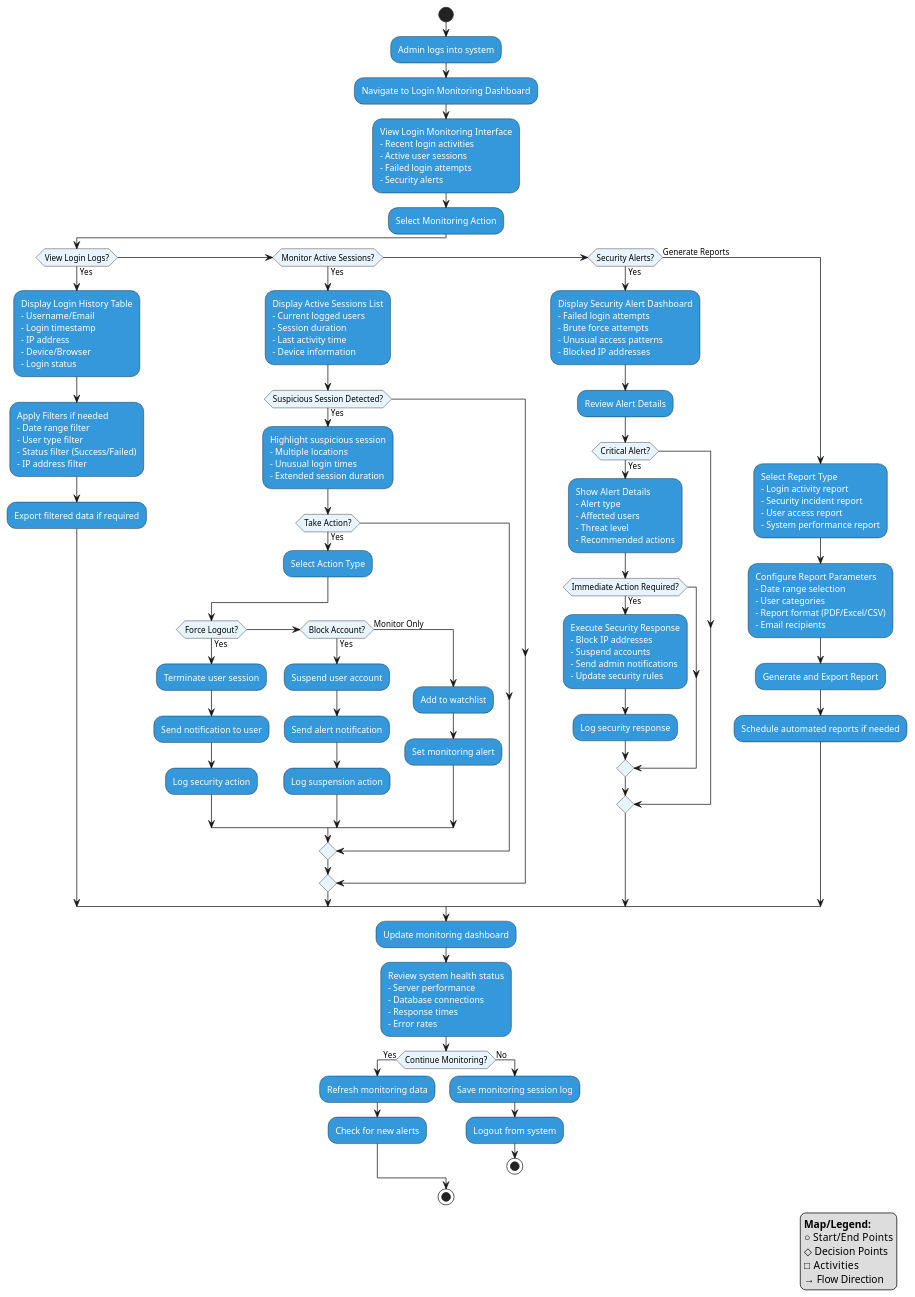
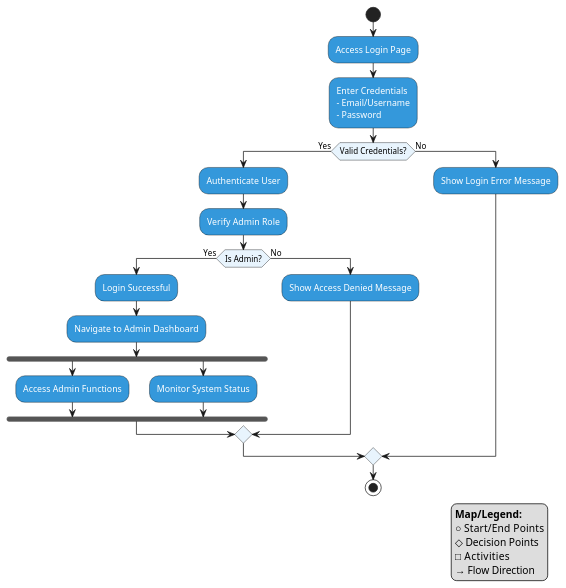
The diagram in Admin_Login_Monitoring_Activity.puml (Ahmed-Makled/clinic), drawn with PlantUML before and after one commit. The commit also changed 21 other files, not shown here.

First line of the commit message:
Refactor sequence diagrams for clarity and consistency

```diff
--- a/Admin_Login_Monitoring_Activity.puml
+++ b/Admin_Login_Monitoring_Activity.puml
@@ -1,162 +1,67 @@
-@startuml Admin_Login_Monitoring_Activity
+@startuml Admin_Login_Activity
 
 skinparam Activity {
     BackgroundColor #3498db
     BorderColor #000000
     FontColor #ffffff
     FontSize 12
     FontName Arial
 }
 
 skinparam ActivityDiamond {
     BackgroundColor #e8f4fd
     BorderColor #000000
     FontColor #000000
     FontSize 11
     FontName Arial
 }
 
 skinparam Note {
     BackgroundColor #f8f9fa
     BorderColor #000000
     FontColor #000000
     FontSize 10
 }
 
 |Admin|
 
 start
 
-:Admin logs into system;
+:Access Login Page;
 
-:Navigate to Login Monitoring Dashboard;
+:Enter Credentials
+- Email/Username
+- Password;
 
-:View Login Monitoring Interface
-- Recent login activities
-- Active user sessions  
-- Failed login attempts
-- Security alerts;
+if (Valid Credentials?) then (Yes)
+    :Authenticate User;
+    :Verify Admin Role;
+    if (Is Admin?) then (Yes)
+        :Login Successful;
+        :Navigate to Admin Dashboard;
 
-:Select Monitoring Action;
+        fork
+            :Access Admin Functions;
+        fork again
+            :Monitor System Status;
+        end fork
 
-if (View Login Logs?) then (Yes)
-    :Display Login History Table
-    - Username/Email
-    - Login timestamp
-    - IP address
-    - Device/Browser
-    - Login status;
-    
-    :Apply Filters if needed
-    - Date range filter
-    - User type filter
-    - Status filter (Success/Failed)
-    - IP address filter;
-    
-    :Export filtered data if required;
-    
-elseif (Monitor Active Sessions?) then (Yes)
-    :Display Active Sessions List
-    - Current logged users
-    - Session duration
-    - Last activity time
-    - Device information;
-    
-    if (Suspicious Session Detected?) then (Yes)
-        :Highlight suspicious session
-        - Multiple locations
-        - Unusual login times
-        - Extended session duration;
-        
-        if (Take Action?) then (Yes)
-            :Select Action Type;
-            
-            if (Force Logout?) then (Yes)
-                :Terminate user session;
-                :Send notification to user;
-                :Log security action;
-            elseif (Block Account?) then (Yes)
-                :Suspend user account;
-                :Send alert notification;
-                :Log suspension action;
-            else (Monitor Only)
-                :Add to watchlist;
-                :Set monitoring alert;
-            endif
-        endif
+    else (No)
+        :Show Access Denied Message;
     endif
-    
-elseif (Security Alerts?) then (Yes)
-    :Display Security Alert Dashboard
-    - Failed login attempts
-    - Brute force attempts
-    - Unusual access patterns
-    - Blocked IP addresses;
-    
-    :Review Alert Details;
-    
-    if (Critical Alert?) then (Yes)
-        :Show Alert Details
-        - Alert type
-        - Affected users
-        - Threat level
-        - Recommended actions;
-        
-        if (Immediate Action Required?) then (Yes)
-            :Execute Security Response
-            - Block IP addresses
-            - Suspend accounts
-            - Send admin notifications
-            - Update security rules;
-            
-            :Log security response;
-        endif
-    endif
-    
-else (Generate Reports)
-    :Select Report Type
-    - Login activity report
-    - Security incident report
-    - User access report
-    - System performance report;
-    
-    :Configure Report Parameters
-    - Date range selection
-    - User categories
-    - Report format (PDF/Excel/CSV)
-    - Email recipients;
-    
-    :Generate and Export Report;
-    
-    :Schedule automated reports if needed;
-endif
-
-:Update monitoring dashboard;
-
-:Review system health status
-- Server performance
-- Database connections
-- Response times
-- Error rates;
-
-if (Continue Monitoring?) then (Yes)
-    :Refresh monitoring data;
-    :Check for new alerts;
 else (No)
-    :Save monitoring session log;
-    :Logout from system;
-    stop
+    :Show Login Error Message;
 endif
 
 stop
 
 ' Map/Legend positioned at bottom right
 legend right
 **Map/Legend:**
 ○ Start/End Points
-◇ Decision Points  
+◇ Decision Points
 □ Activities
 → Flow Direction
 endlegend
 
-@enduml 
+@enduml
```
